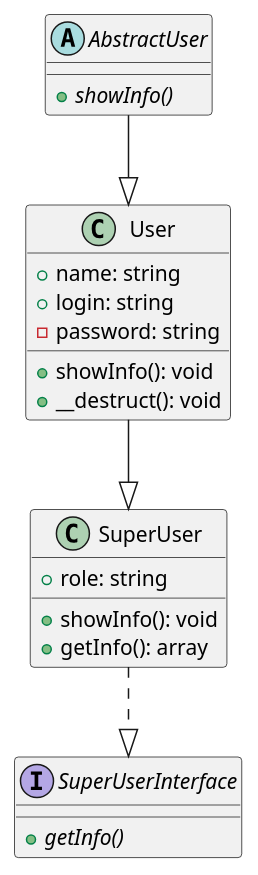
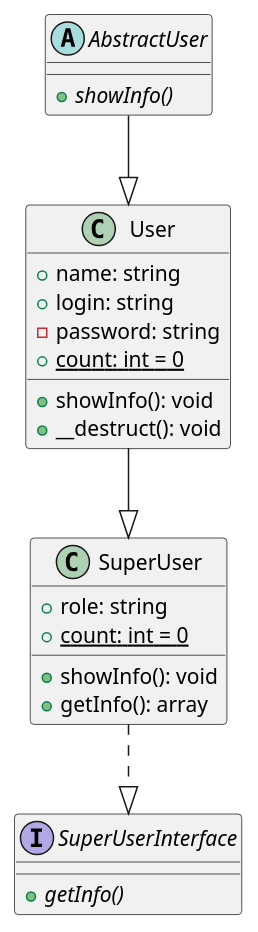
One commit to Alisa11Pi/web changed the diagram in lab1/class.puml. Above: the diagram before and after it, drawn with PlantUML. The commit also changed 1 other file, not shown here.

```diff
--- a/lab1/class.puml
+++ b/lab1/class.puml
@@ -1,29 +1,31 @@
 @startuml lab1
 
     class User {
         +name: string
         +login: string
-        -password: string     
+        -password: string  
+        +{static} count: int = 0   
         +showInfo(): void
         +__destruct(): void
     }
 
     class SuperUser {
         +role: string
+        +{static} count: int = 0
         +showInfo(): void
         +getInfo(): array
     }
 
     interface SuperUserInterface {
         +{abstract} getInfo()
     }
 
     abstract class AbstractUser {
         +{abstract} showInfo()
     }
 
     AbstractUser --|> User
     User --|> SuperUser
     SuperUser ..|> SuperUserInterface
 
 @enduml
```
